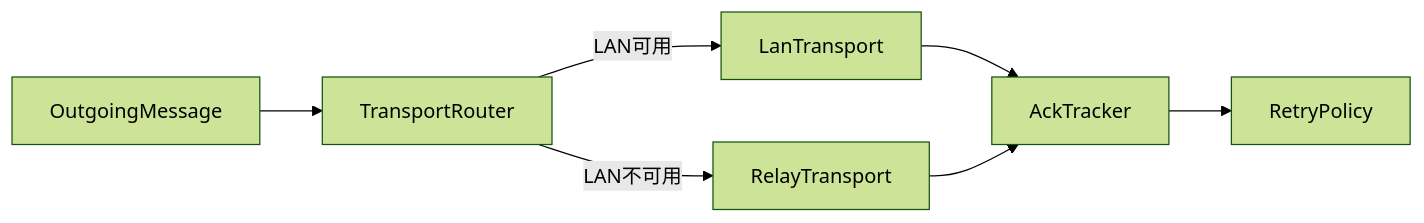
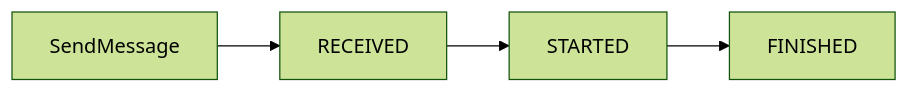
One commit to synra-app/synra changed the first of 4 diagrams in ai-docs/main/cross-device-transport.md. Above: the diagram before and after it, drawn with Mermaid (forest theme). The commit also changed other lines of this file and 9 other files, not shown here.

````diff
--- a/ai-docs/main/cross-device-transport.md
+++ b/ai-docs/main/cross-device-transport.md
@@ -25,9 +89,6 @@
 ```mermaid
 flowchart LR
-  outMsg[OutgoingMessage] --> router[TransportRouter]
-  router -->|"LAN可用"| lanTx[LanTransport]
-  router -->|"LAN不可用"| relayTx[RelayTransport]
-  lanTx --> ackCheck[AckTracker]
-  relayTx --> ackCheck
-  ackCheck --> retryPolicy[RetryPolicy]
+  sendMsg[SendMessage] --> receivedReceipt[RECEIVED]
+  receivedReceipt --> startedReceipt[STARTED]
+  startedReceipt --> finishedReceipt[FINISHED]
 ```
````
